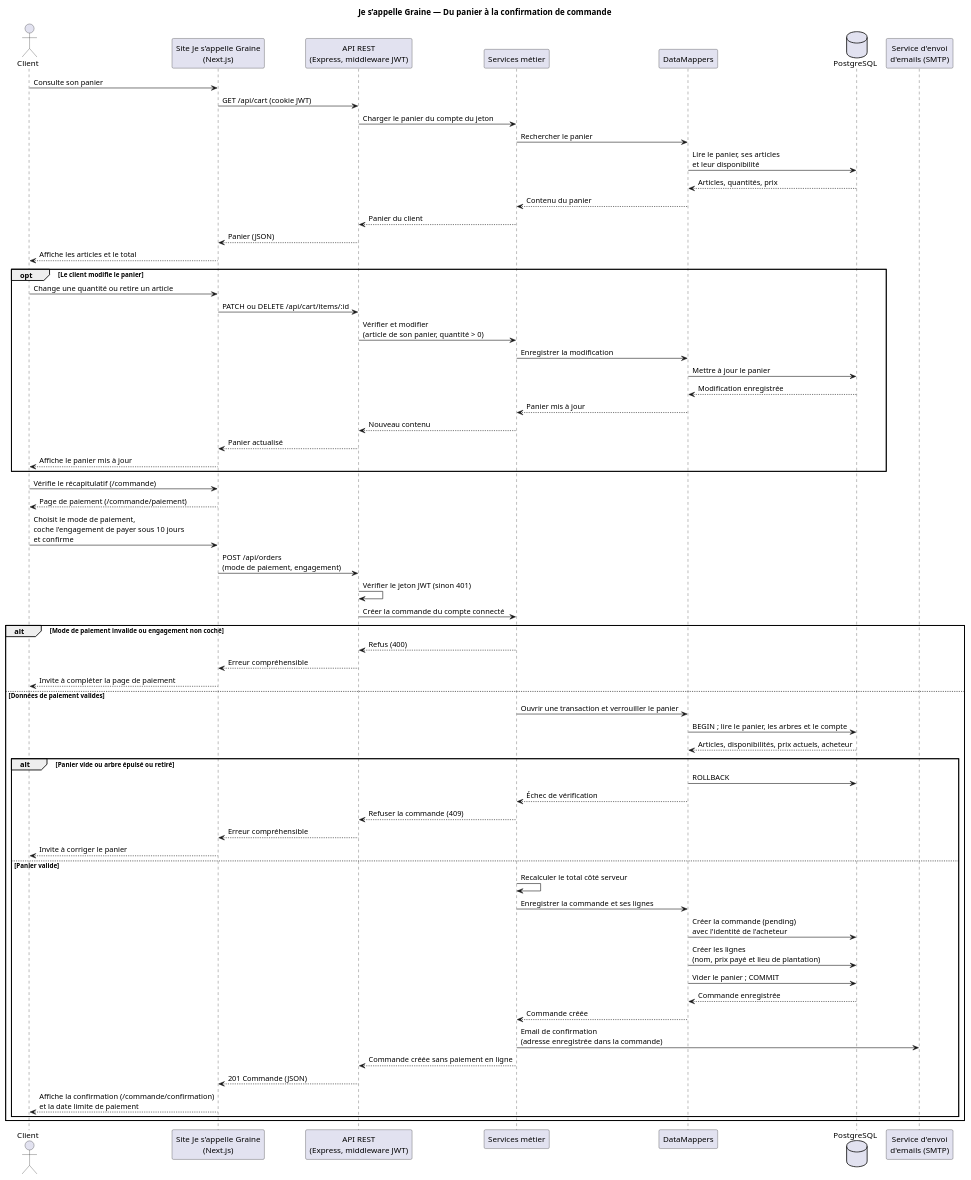
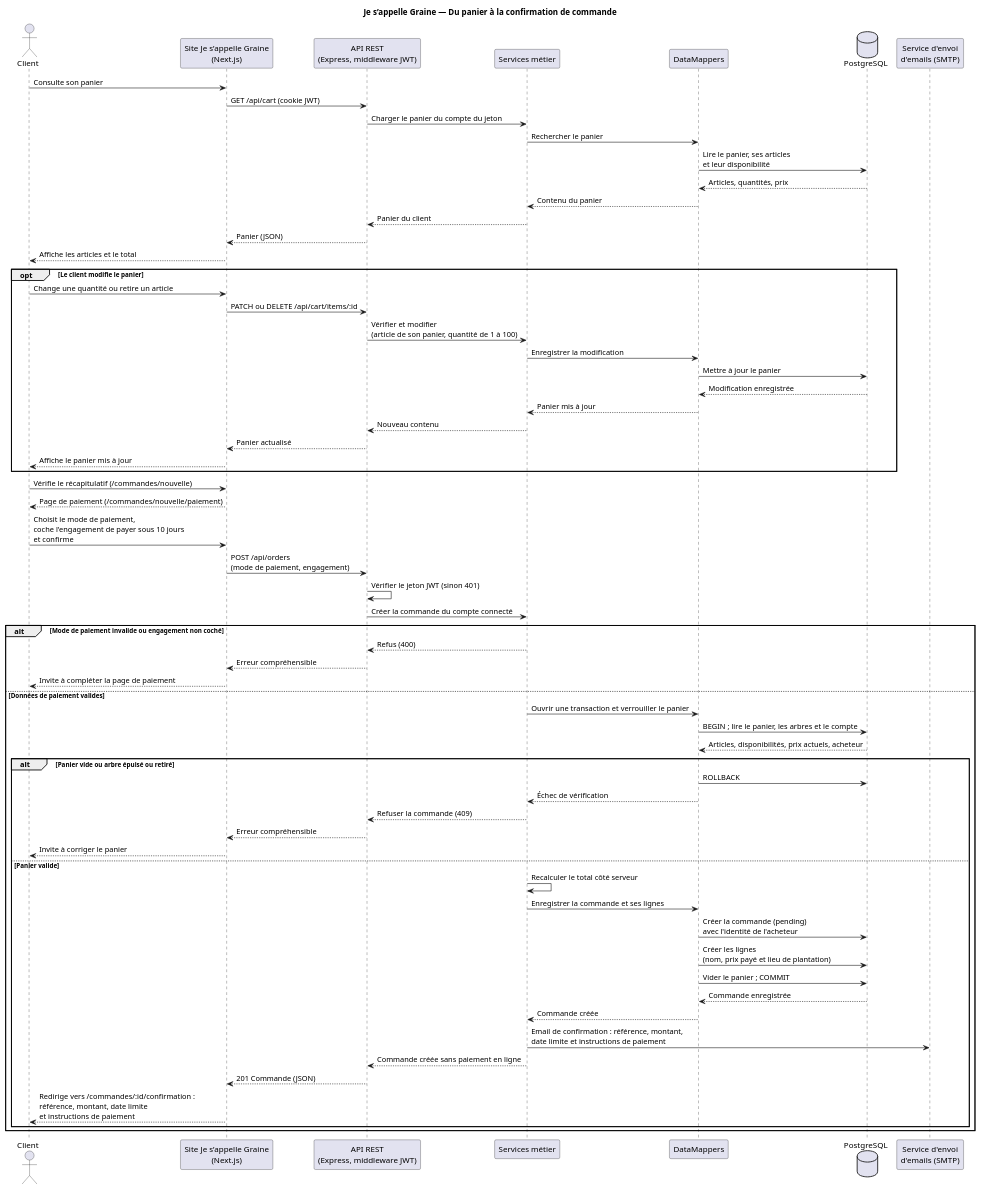
One commit to DimitryDereppe/je-s-appelle-graine changed the diagram in docs/conception/diagrammes/03-diagramme-sequence-achat.puml. Above: the diagram before and after it, drawn with PlantUML. The commit also changed 23 other files, not shown here.

Commit message:
docs: suppression de la table cart, annulation des commandes par le client, paiement sans carte, routes /api/auth et /commandes, TypeScript, relecture complète de la documentation

```diff
--- a/docs/conception/diagrammes/03-diagramme-sequence-achat.puml
+++ b/docs/conception/diagrammes/03-diagramme-sequence-achat.puml
@@ -1,72 +1,72 @@
 @startuml 03-diagramme-sequence-achat
 title Je s’appelle Graine — Du panier à la confirmation de commande
 
 actor Client
 participant "Site Je s’appelle Graine\n(Next.js)" as Site
 participant "API REST\n(Express, middleware JWT)" as API
 participant "Services métier" as Services
 participant "DataMappers" as DM
 database "PostgreSQL" as DB
 participant "Service d'envoi\nd'emails (SMTP)" as Mail
 
 Client -> Site : Consulte son panier
 Site -> API : GET /api/cart (cookie JWT)
 API -> Services : Charger le panier du compte du jeton
 Services -> DM : Rechercher le panier
 DM -> DB : Lire le panier, ses articles\net leur disponibilité
 DB --> DM : Articles, quantités, prix
 DM --> Services : Contenu du panier
 Services --> API : Panier du client
 API --> Site : Panier (JSON)
 Site --> Client : Affiche les articles et le total
 
 opt Le client modifie le panier
   Client -> Site : Change une quantité ou retire un article
   Site -> API : PATCH ou DELETE /api/cart/items/:id
-  API -> Services : Vérifier et modifier\n(article de son panier, quantité > 0)
+  API -> Services : Vérifier et modifier\n(article de son panier, quantité de 1 à 100)
   Services -> DM : Enregistrer la modification
   DM -> DB : Mettre à jour le panier
   DB --> DM : Modification enregistrée
   DM --> Services : Panier mis à jour
   Services --> API : Nouveau contenu
   API --> Site : Panier actualisé
   Site --> Client : Affiche le panier mis à jour
 end
 
-Client -> Site : Vérifie le récapitulatif (/commande)
-Site --> Client : Page de paiement (/commande/paiement)
+Client -> Site : Vérifie le récapitulatif (/commandes/nouvelle)
+Site --> Client : Page de paiement (/commandes/nouvelle/paiement)
 Client -> Site : Choisit le mode de paiement,\ncoche l'engagement de payer sous 10 jours\net confirme
 Site -> API : POST /api/orders\n(mode de paiement, engagement)
 API -> API : Vérifier le jeton JWT (sinon 401)
 API -> Services : Créer la commande du compte connecté
 
 alt Mode de paiement invalide ou engagement non coché
   Services --> API : Refus (400)
   API --> Site : Erreur compréhensible
   Site --> Client : Invite à compléter la page de paiement
 else Données de paiement valides
   Services -> DM : Ouvrir une transaction et verrouiller le panier
   DM -> DB : BEGIN ; lire le panier, les arbres et le compte
   DB --> DM : Articles, disponibilités, prix actuels, acheteur
 
   alt Panier vide ou arbre épuisé ou retiré
     DM -> DB : ROLLBACK
     DM --> Services : Échec de vérification
     Services --> API : Refuser la commande (409)
     API --> Site : Erreur compréhensible
     Site --> Client : Invite à corriger le panier
   else Panier valide
     Services -> Services : Recalculer le total côté serveur
     Services -> DM : Enregistrer la commande et ses lignes
     DM -> DB : Créer la commande (pending)\navec l'identité de l'acheteur
     DM -> DB : Créer les lignes\n(nom, prix payé et lieu de plantation)
     DM -> DB : Vider le panier ; COMMIT
     DB --> DM : Commande enregistrée
     DM --> Services : Commande créée
-    Services -> Mail : Email de confirmation\n(adresse enregistrée dans la commande)
+    Services -> Mail : Email de confirmation : référence, montant,\ndate limite et instructions de paiement
     Services --> API : Commande créée sans paiement en ligne
     API --> Site : 201 Commande (JSON)
-    Site --> Client : Affiche la confirmation (/commande/confirmation)\net la date limite de paiement
+    Site --> Client : Redirige vers /commandes/:id/confirmation :\nréférence, montant, date limite\net instructions de paiement
   end
 end
 @enduml
```
